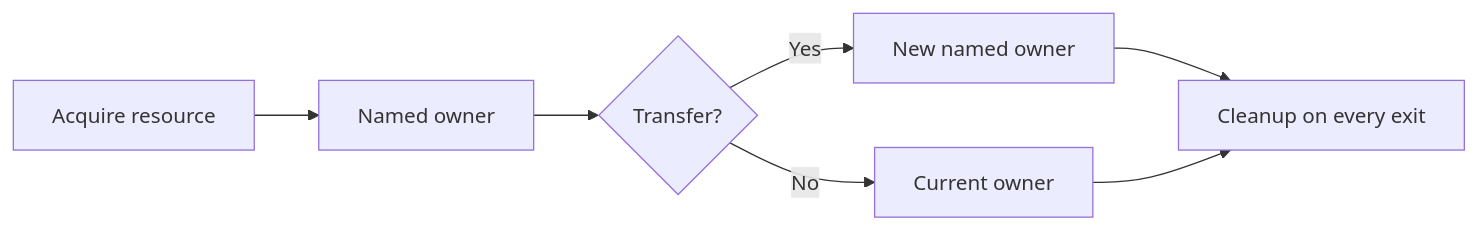
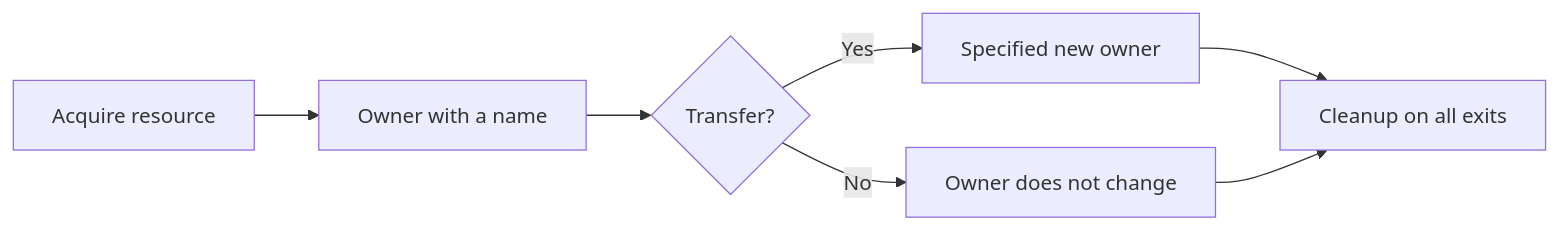
The diagram in docs/principles/details/p079-explicit-ownership-and-lifetimes.md (HomericIntelligence/Athena), drawn with Mermaid before and after one commit. The commit also changed other lines of this file and 91 other files, not shown here.

````diff
--- a/docs/principles/details/p079-explicit-ownership-and-lifetimes.md
+++ b/docs/principles/details/p079-explicit-ownership-and-lifetimes.md
@@ -37,9 +37,9 @@
 ```mermaid
 flowchart LR
-    A["Acquire resource"] --> B["Named owner"]
+    A["Acquire resource"] --> B["Owner with a name"]
     B --> C{"Transfer?"}
-    C -->|Yes| D["New named owner"]
-    C -->|No| E["Current owner"]
-    D --> F["Cleanup on every exit"]
+    C -->|Yes| D["Specified new owner"]
+    C -->|No| E["Owner does not change"]
+    D --> F["Cleanup on all exits"]
     E --> F
 ```
````
